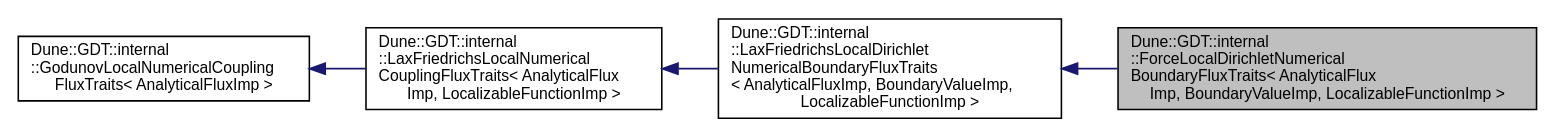
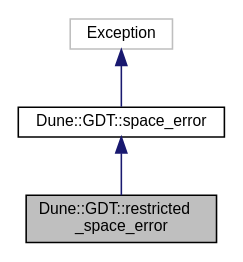
One commit to dune-community/dune-community.github.io changed the diagram in docs/dune-gdt/master/a01299.dot. Above: the diagram before and after it, drawn with Graphviz. The commit also changed 4372 other files, not shown here.

Commit message:
Updated documentation for dune-gdt master

```diff
--- a/docs/dune-gdt/master/a01299.dot
+++ b/docs/dune-gdt/master/a01299.dot
@@ -1,13 +1,10 @@
-digraph "Dune::GDT::internal::ForceLocalDirichletNumericalBoundaryFluxTraits&lt; AnalyticalFluxImp, BoundaryValueImp, LocalizableFunctionImp &gt;"
+digraph "Dune::GDT::restricted_space_error"
 {
   edge [fontname="Helvetica",fontsize="10",labelfontname="Helvetica",labelfontsize="10"];
   node [fontname="Helvetica",fontsize="10",shape=record];
-  rankdir="LR";
-  Node1 [label="Dune::GDT::internal\l::ForceLocalDirichletNumerical\lBoundaryFluxTraits\< AnalyticalFlux\lImp, BoundaryValueImp, LocalizableFunctionImp \>",height=0.2,width=0.4,color="black", fillcolor="grey75", style="filled", fontcolor="black"];
+  Node0 [label="Dune::GDT::restricted\l_space_error",height=0.2,width=0.4,color="black", fillcolor="grey75", style="filled", fontcolor="black"];
+  Node1 -> Node0 [dir="back",color="midnightblue",fontsize="10",style="solid",fontname="Helvetica"];
+  Node1 [label="Dune::GDT::space_error",height=0.2,width=0.4,color="black", fillcolor="white", style="filled",URL="$a01296.html"];
   Node2 -> Node1 [dir="back",color="midnightblue",fontsize="10",style="solid",fontname="Helvetica"];
-  Node2 [label="Dune::GDT::internal\l::LaxFriedrichsLocalDirichlet\lNumericalBoundaryFluxTraits\l\< AnalyticalFluxImp, BoundaryValueImp,\l LocalizableFunctionImp \>",height=0.2,width=0.4,color="black", fillcolor="white", style="filled",URL="$a00300.html"];
-  Node3 -> Node2 [dir="back",color="midnightblue",fontsize="10",style="solid",fontname="Helvetica"];
-  Node3 [label="Dune::GDT::internal\l::LaxFriedrichsLocalNumerical\lCouplingFluxTraits\< AnalyticalFlux\lImp, LocalizableFunctionImp \>",height=0.2,width=0.4,color="black", fillcolor="white", style="filled",URL="$a00302.html"];
-  Node4 -> Node3 [dir="back",color="midnightblue",fontsize="10",style="solid",fontname="Helvetica"];
-  Node4 [label="Dune::GDT::internal\l::GodunovLocalNumericalCoupling\lFluxTraits\< AnalyticalFluxImp \>",height=0.2,width=0.4,color="black", fillcolor="white", style="filled",URL="$a00181.html"];
+  Node2 [label="Exception",height=0.2,width=0.4,color="grey75", fillcolor="white", style="filled"];
 }
```
